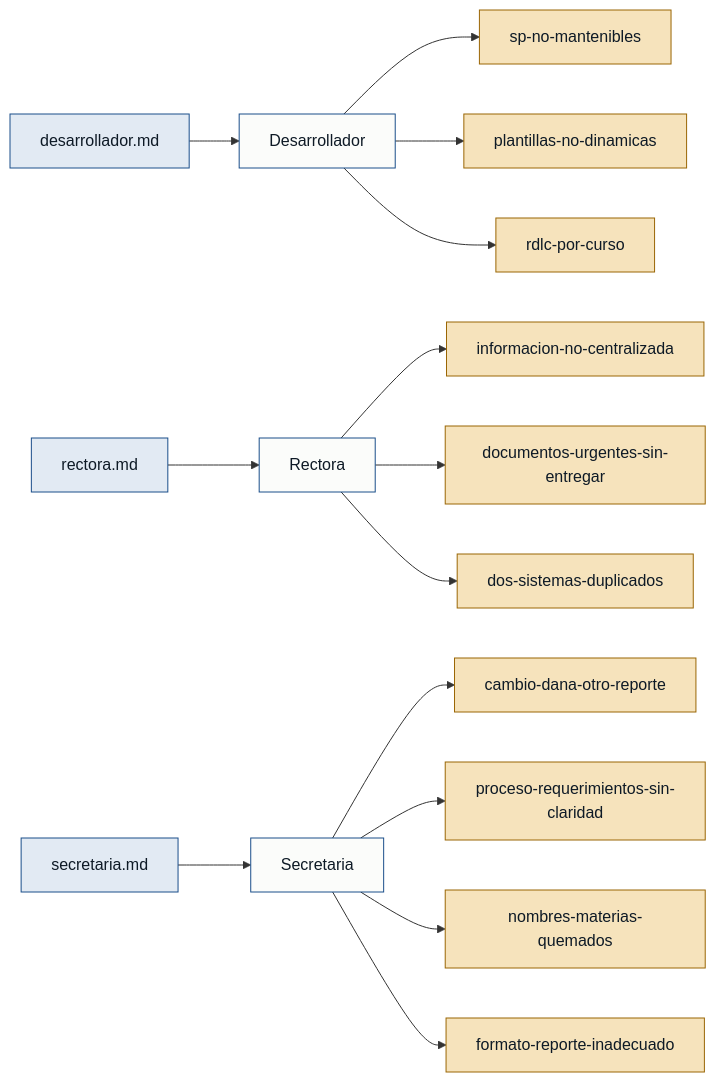
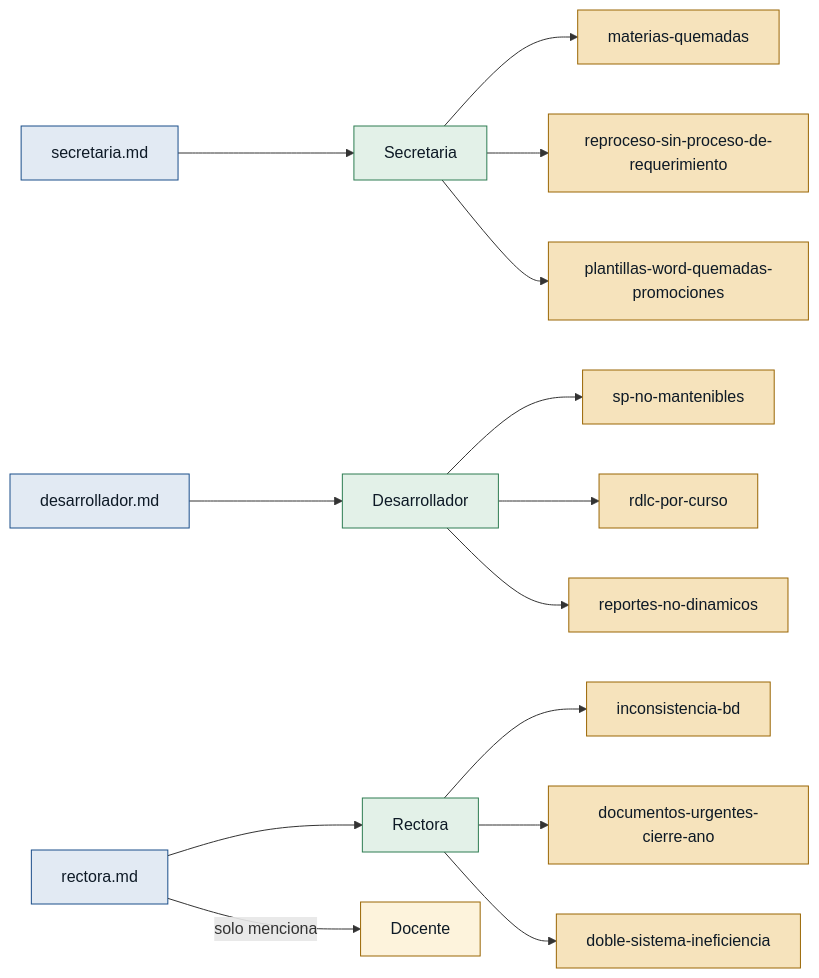
The diagram in deliveries/cienciayfe/inbox/personas.md (juanpabloanton/agile-delivery-team-taller), drawn with Mermaid before and after one commit. The commit also changed other lines of this file and 4 other files, not shown here.

````diff
--- a/deliveries/cienciayfe/inbox/personas.md
+++ b/deliveries/cienciayfe/inbox/personas.md
@@ -7,23 +3,24 @@
 ```mermaid
 flowchart LR
   classDef src  fill:#E2EAF3,stroke:#1A4E8A,color:#0E1A26;
-  classDef per  fill:#FBFCFA,stroke:#1A4E8A,color:#0E1A26;
+  classDef per  fill:#E3F1E8,stroke:#2E7D52,color:#0E1A26;
+  classDef ref  fill:#FDF3DC,stroke:#9A6605,color:#0E1A26;
   classDef pain fill:#F6E3BC,stroke:#9A6605,color:#0E1A26;
 
-  DEV[desarrollador.md]:::src --> P1[Desarrollador]:::per
-  REC[rectora.md]:::src     --> P2[Rectora]:::per
-  SEC[secretaria.md]:::src  --> P3[Secretaria]:::per
+  S[secretaria.md]:::src   --> PS[Secretaria]:::per
+  D[desarrollador.md]:::src --> PD[Desarrollador]:::per
+  R[rectora.md]:::src      --> PR[Rectora]:::per
+  R -->|solo menciona| DOC[Docente]:::ref
 
-  P1 --> A1[sp-no-mantenibles]:::pain
-  P1 --> A2[plantillas-no-dinamicas]:::pain
-  P1 --> A3[rdlc-por-curso]:::pain
+  PS --> PA1[materias-quemadas]:::pain
+  PS --> PA6[reproceso-sin-proceso-de-requerimiento]:::pain
+  PS --> PA8[plantillas-word-quemadas-promociones]:::pain
 
-  P2 --> B1[informacion-no-centralizada]:::pain
-  P2 --> B2[documentos-urgentes-sin-entregar]:::pain
-  P2 --> B3[dos-sistemas-duplicados]:::pain
+  PD --> PA3[sp-no-mantenibles]:::pain
+  PD --> PA4[rdlc-por-curso]:::pain
+  PD --> PA5[reportes-no-dinamicos]:::pain
 
-  P3 --> C1[cambio-dana-otro-reporte]:::pain
-  P3 --> C2[proceso-requerimientos-sin-claridad]:::pain
-  P3 --> C3[nombres-materias-quemados]:::pain
-  P3 --> C4[formato-reporte-inadecuado]:::pain
+  PR --> PA2[inconsistencia-bd]:::pain
+  PR --> PA7[documentos-urgentes-cierre-ano]:::pain
+  PR --> PA9[doble-sistema-ineficiencia]:::pain
 ```
````
